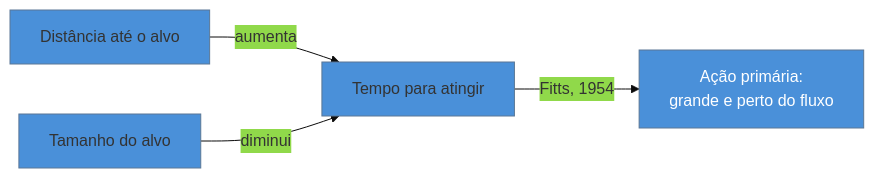
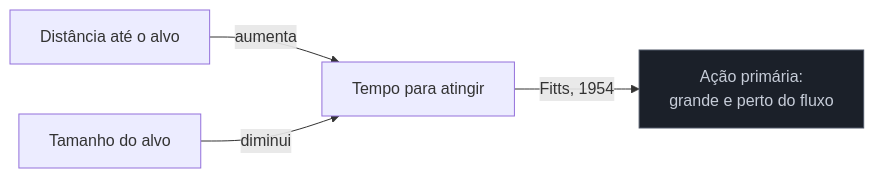
Before and after one commit to josenaldo/codex-technomanticus: the diagram in 03-Dominios/Engenharia/UX/Fundamentos e Modelo Mental/04 - Leis de UX - Fitts, Hick, Jakob, Miller, Peak-End.md, drawn with Mermaid. The commit also changed 1181 other files, not shown here.

First line of the commit message:
fix(diagramas): paleta do sistema no lugar de cor cravada no markdown

````diff
--- a/03-Dominios/Engenharia/UX/Fundamentos e Modelo Mental/04 - Leis de UX - Fitts, Hick, Jakob, Miller, Peak-End.md
+++ b/03-Dominios/Engenharia/UX/Fundamentos e Modelo Mental/04 - Leis de UX - Fitts, Hick, Jakob, Miller, Peak-End.md
@@ -34,8 +34,8 @@
 ```mermaid
-%%{init: {"theme": "base", "themeVariables": {"primaryColor": "#4A90D9"}}}%%
 graph LR
+    classDef neutro fill:#1B2029,stroke:#4E5666,color:#C6CCD8
     D["Distância até o alvo"] -->|aumenta| T["Tempo para atingir"]
     Tam["Tamanho do alvo"] -->|diminui| T
     T -->|Fitts, 1954| R["Ação primária:<br/>grande e perto do fluxo"]
-    style R fill:#4A90D9,color:#fff
+    class R neutro
 ```
````
